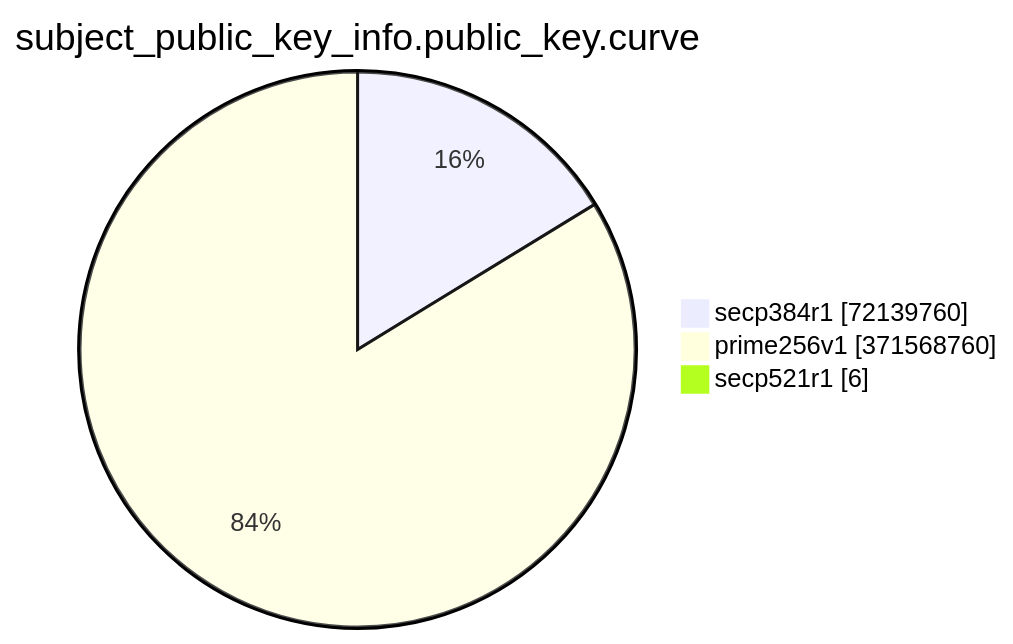
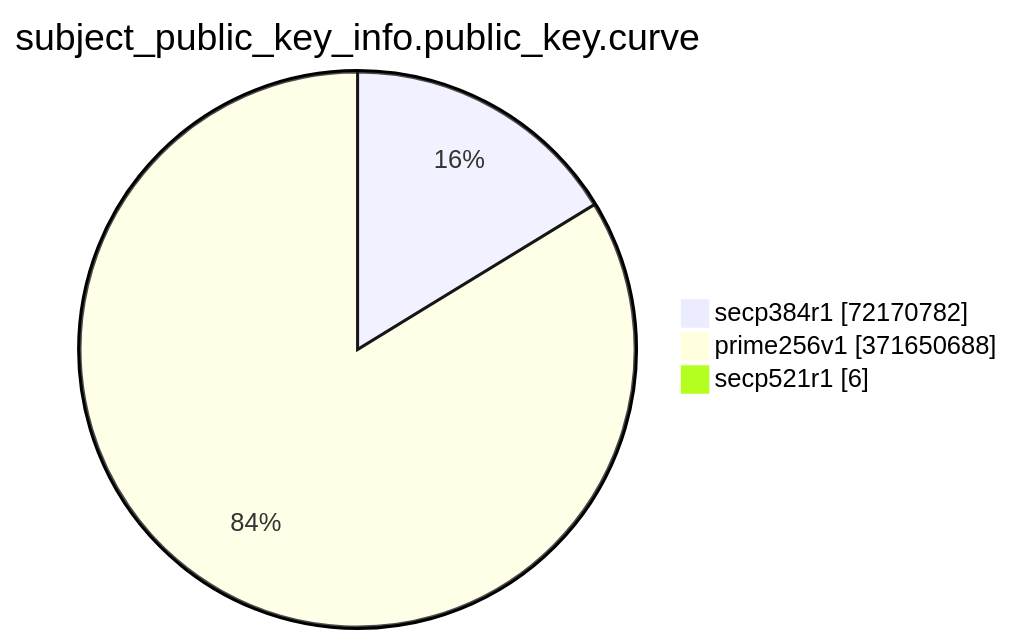
The eighth of 15 diagrams in TOTAL/README.md (christiankrug/ctmonitor_visualization), drawn with Mermaid before and after one commit. The commit also changed other lines of this file, not shown here.

````diff
--- a/TOTAL/README.md
+++ b/TOTAL/README.md
@@ -3092,7 +3092,7 @@
 ```mermaid
 pie showData
 title subject_public_key_info.public_key.curve
-"secp384r1" :72139760
-"prime256v1" :371568760
+"secp384r1" :72170782
+"prime256v1" :371650688
 "secp521r1" :6
 ```
````
